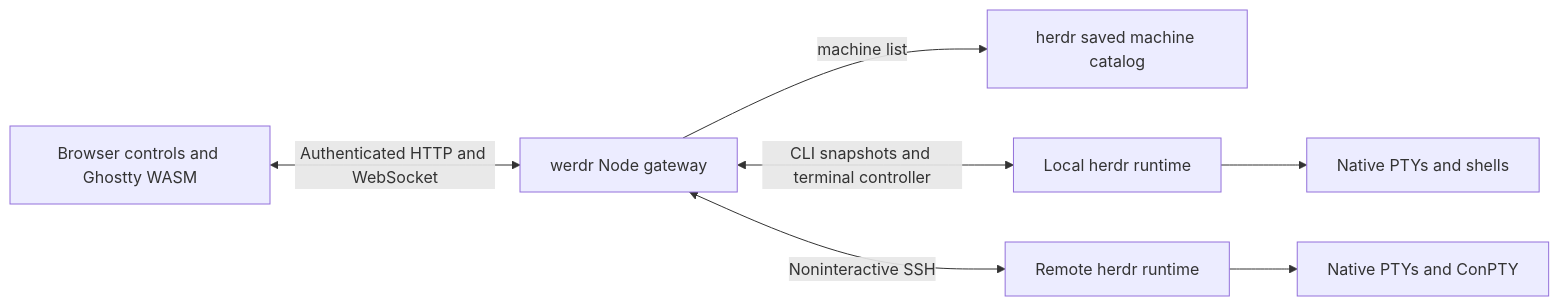
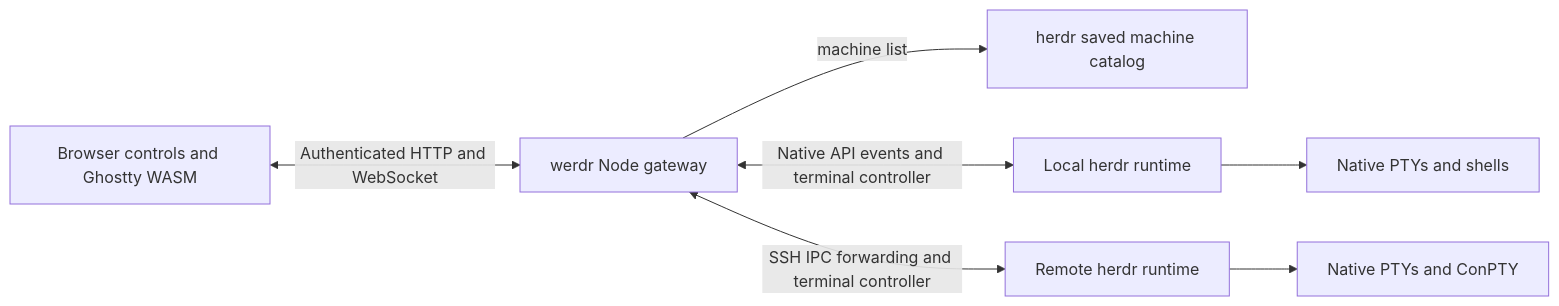
One commit to gisenberg/werdr changed the diagram in werdr/ARCHITECTURE.md. Above: the diagram before and after it, drawn with Mermaid. The commit also changed other lines of this file and 27 other files, not shown here.

````diff
--- a/werdr/ARCHITECTURE.md
+++ b/werdr/ARCHITECTURE.md
@@ -7,9 +7,9 @@
 ```mermaid
 flowchart LR
   Browser[Browser controls and Ghostty WASM] <-->|Authenticated HTTP and WebSocket| Gateway[werdr Node gateway]
   Gateway -->|machine list| Catalog[herdr saved machine catalog]
-  Gateway <-->|CLI snapshots and terminal controller| Local[Local herdr runtime]
-  Gateway <-->|Noninteractive SSH| Remote[Remote herdr runtime]
+  Gateway <-->|Native API events and terminal controller| Local[Local herdr runtime]
+  Gateway <-->|SSH IPC forwarding and terminal controller| Remote[Remote herdr runtime]
   Local --> LocalPTY[Native PTYs and shells]
   Remote --> RemotePTY[Native PTYs and ConPTY]
 ```
````
